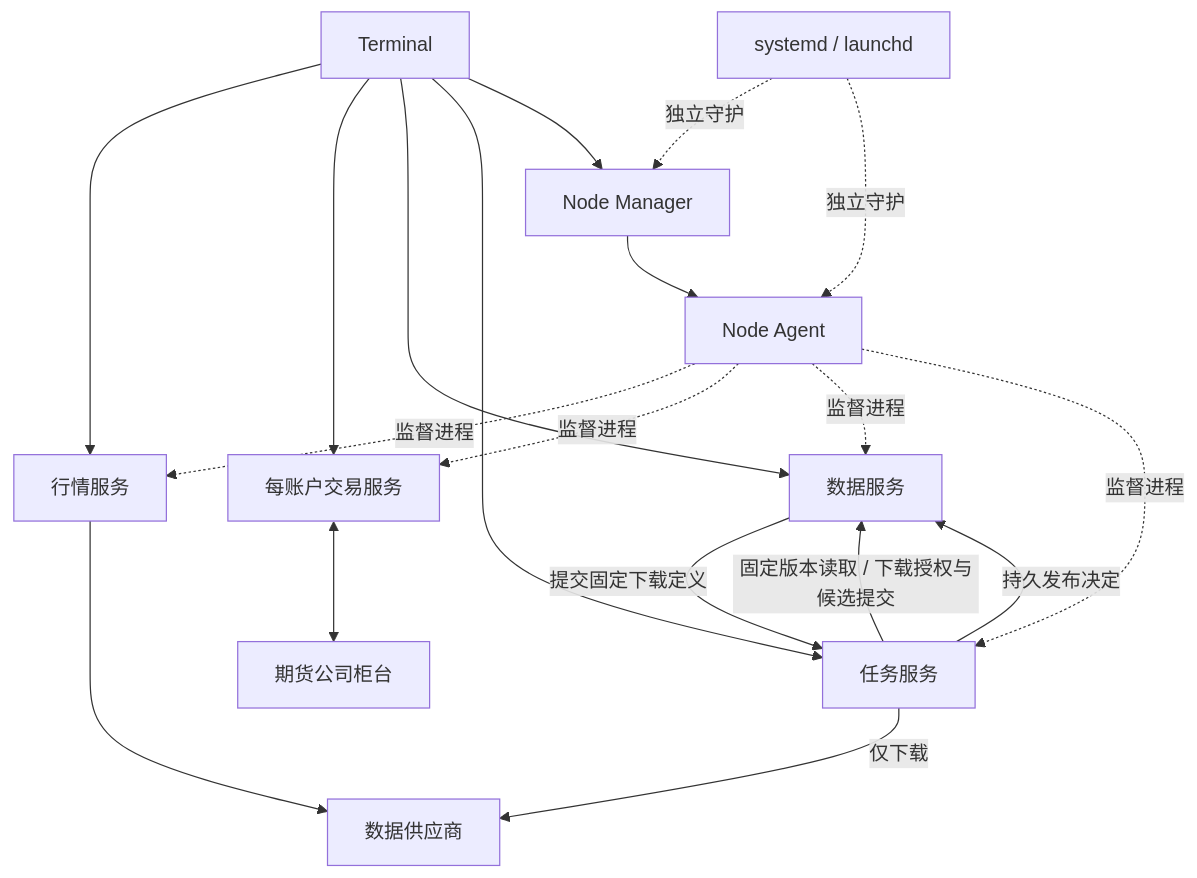
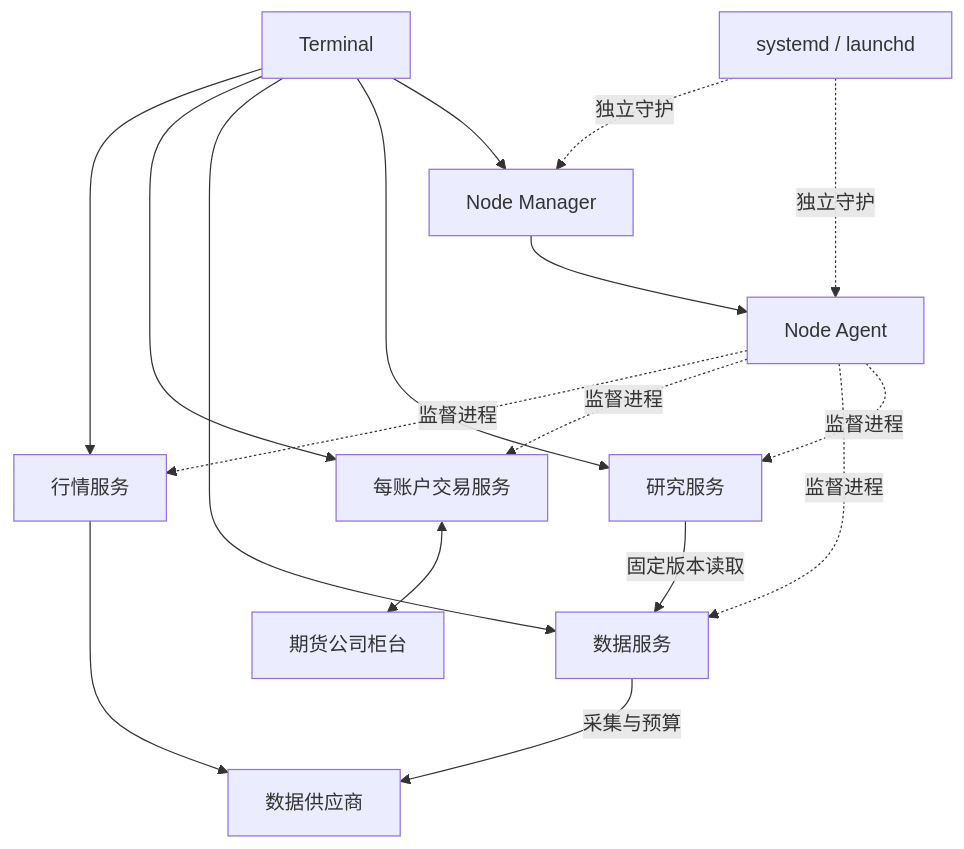
One commit to isqiwen/asterion-terminal changed the second of 2 diagrams in docs/architecture.md. Above: the diagram before and after it, drawn with Mermaid. The commit also changed other lines of this file and 722 other files, not shown here.

First line of the commit message:
Implement domain-owned data and research workflows

````diff
--- a/docs/architecture.md
+++ b/docs/architecture.md
@@ -139,21 +144,19 @@
 ```mermaid
 flowchart TB
   Terminal[Terminal] --> Market[行情服务]
   Terminal --> Trading[每账户交易服务]
   Terminal --> Data[数据服务]
-  Terminal --> Task[任务服务]
+  Terminal --> Research[研究服务]
   Terminal --> Manager[Node Manager]
   Manager --> Agent[Node Agent]
   OS[systemd / launchd] -.独立守护.-> Manager
   OS -.独立守护.-> Agent
   Agent -.监督进程.-> Market
   Agent -.监督进程.-> Trading
   Agent -.监督进程.-> Data
-  Agent -.监督进程.-> Task
-  Data -->|提交固定下载定义| Task
-  Task -->|固定版本读取 / 下载授权与候选提交| Data
-  Task -->|持久发布决定| Data
+  Agent -.监督进程.-> Research
+  Research -->|固定版本读取| Data
   Market --> Provider[数据供应商]
-  Task -->|仅下载| Provider
+  Data -->|采集与预算| Provider
   Trading <--> Broker[期货公司柜台]
 ```
````
